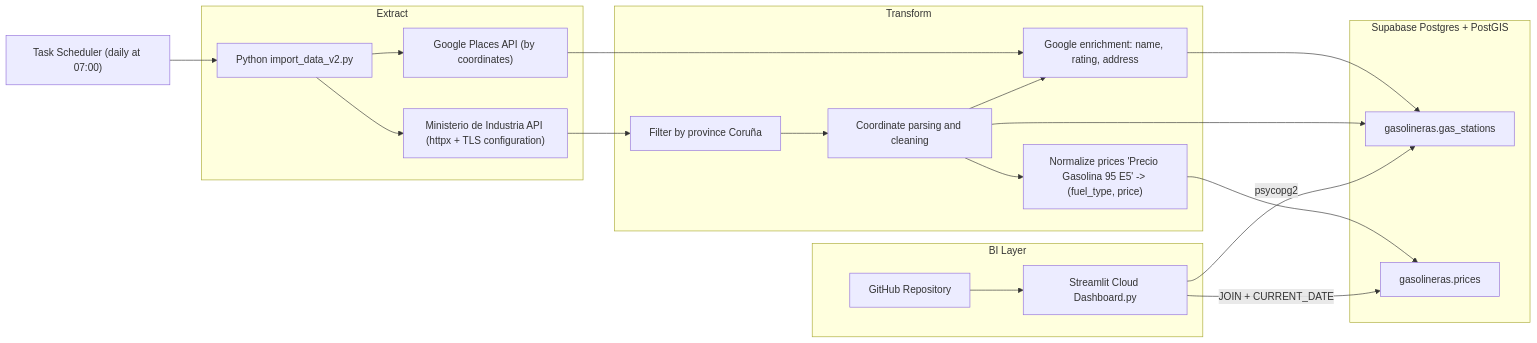
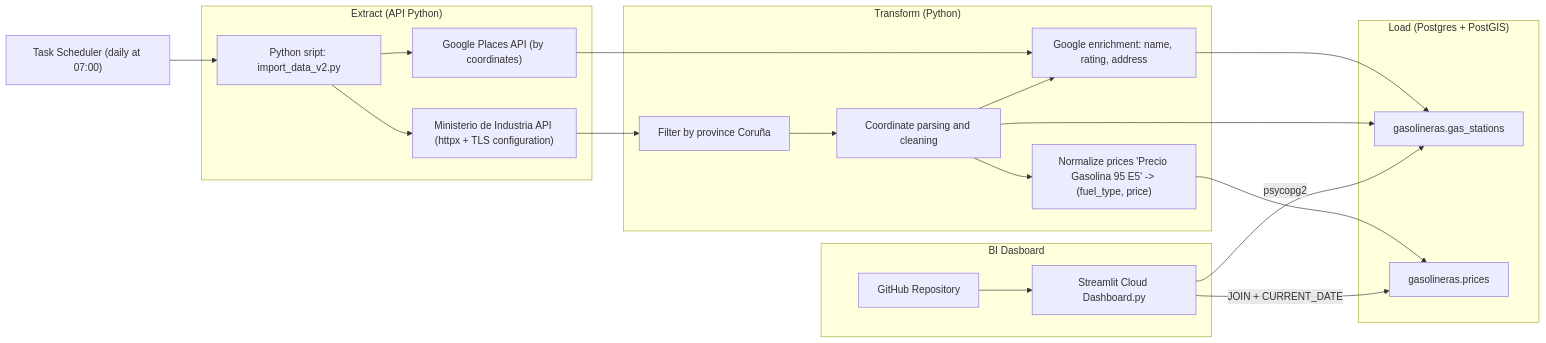
The first of 2 diagrams in README_EN.md (veronikasavostyanova1996-svg/gas_station), drawn with Mermaid before and after one commit. The commit also changed other lines of this file, not shown here.

````diff
--- a/README_EN.md
+++ b/README_EN.md
@@ -11,37 +11,37 @@
 ```mermaid
 flowchart LR
-    A["Task Scheduler (daily at 07:00)"] --> B["Python import_data_v2.py"]
+    A["Task Scheduler (daily at 07:00)"] --> B["Python sript: import_data_v2.py"]
 
-    subgraph Extract
+    subgraph Extract ["Extract (API Python)"]
         B --> C1["Ministerio de Industria API (httpx + TLS configuration)"]
         B --> C2["Google Places API (by coordinates)"]
     end
 
-    subgraph Transform
+    subgraph Transform ["Transform (Python)"]
         D1["Filter by province Coruña"]
         D2["Coordinate parsing and cleaning"]
         D3["Normalize prices 'Precio Gasolina 95 E5' -> (fuel_type, price)"]
         D4["Google enrichment: name, rating, address"]
         C1 --> D1 --> D2 --> D3
         C2 --> D4
         D2 --> D4
     end
 
-    subgraph Load ["Supabase Postgres + PostGIS"]
+    subgraph Load ["Load (Postgres + PostGIS)"]
         E1["gasolineras.gas_stations"]
         E2["gasolineras.prices"]
     end
 
     D3 --> E2
     D4 --> E1
     D2 --> E1
 
-    subgraph Serve ["BI Layer"]
+    subgraph Serve ["BI Dasboard"]
         F["Streamlit Cloud Dashboard.py"]
         G["GitHub Repository"]
         G --> F
         F -->|psycopg2| E1
         F -->|JOIN + CURRENT_DATE| E2
     end
 
 ```
````
